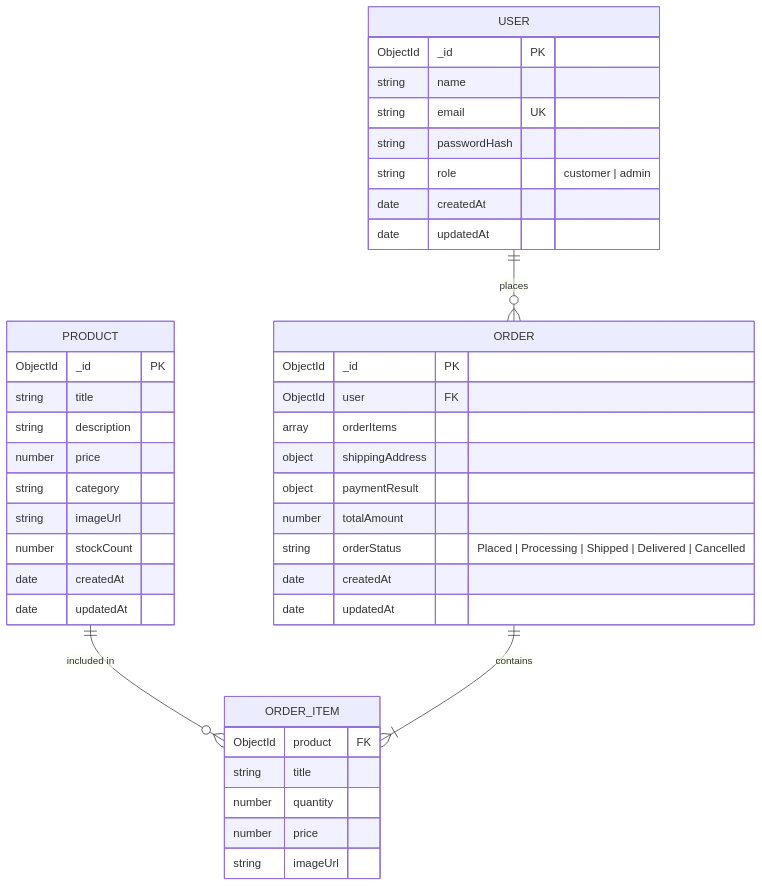
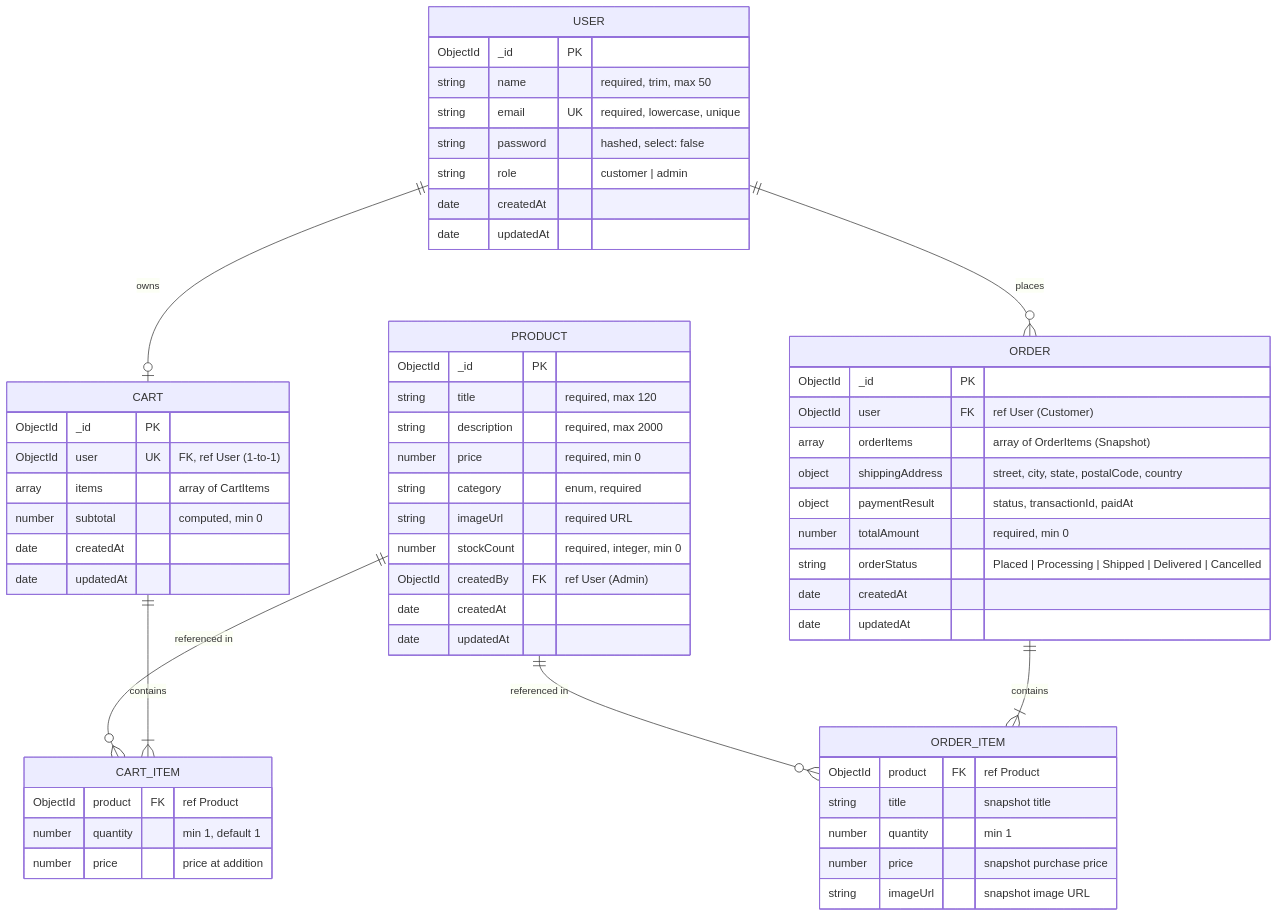
The diagram in SCHEMA.md (shresthajain512-cmd/cartiva-ecommerce), drawn with Mermaid before and after one commit. The commit also changed other lines of this file and 2 other files, not shown here.

Commit message:
docs: Day 2 database schema design and UI wireframes

````diff
--- a/SCHEMA.md
+++ b/SCHEMA.md
@@ -19,48 +23,67 @@
 ```mermaid
 erDiagram
+    USER ||--o| CART : "owns"
     USER ||--o{ ORDER : "places"
-    PRODUCT ||--o{ ORDER_ITEM : "included in"
+    PRODUCT ||--o{ CART_ITEM : "referenced in"
+    CART ||--|{ CART_ITEM : "contains"
+    PRODUCT ||--o{ ORDER_ITEM : "referenced in"
     ORDER ||--|{ ORDER_ITEM : "contains"
 
     USER {
         ObjectId _id PK
-        string name
-        string email UK
-        string passwordHash
+        string name "required, trim, max 50"
+        string email UK "required, lowercase, unique"
+        string password "hashed, select: false"
         string role "customer | admin"
         date createdAt
         date updatedAt
     }
 
     PRODUCT {
         ObjectId _id PK
-        string title
-        string description
-        number price
-        string category
-        string imageUrl
-        number stockCount
+        string title "required, max 120"
+        string description "required, max 2000"
+        number price "required, min 0"
+        string category "enum, required"
+        string imageUrl "required URL"
+        number stockCount "required, integer, min 0"
+        ObjectId createdBy FK "ref User (Admin)"
         date createdAt
         date updatedAt
     }
 
+    CART {
+        ObjectId _id PK
+        ObjectId user UK "FK, ref User (1-to-1)"
+        array items "array of CartItems"
+        number subtotal "computed, min 0"
+        date createdAt
+        date updatedAt
+    }
+
+    CART_ITEM {
+        ObjectId product FK "ref Product"
+        number quantity "min 1, default 1"
+        number price "price at addition"
+    }
+
     ORDER {
         ObjectId _id PK
-        ObjectId user FK
-        array orderItems
-        object shippingAddress
-        object paymentResult
-        number totalAmount
+        ObjectId user FK "ref User (Customer)"
+        array orderItems "array of OrderItems (Snapshot)"
+        object shippingAddress "street, city, state, postalCode, country"
+        object paymentResult "status, transactionId, paidAt"
+        number totalAmount "required, min 0"
         string orderStatus "Placed | Processing | Shipped | Delivered | Cancelled"
         date createdAt
         date updatedAt
     }
 
     ORDER_ITEM {
-        ObjectId product FK
-        string title
-        number quantity
-        number price
-        string imageUrl
+        ObjectId product FK "ref Product"
+        string title "snapshot title"
+        number quantity "min 1"
+        number price "snapshot purchase price"
+        string imageUrl "snapshot image URL"
     }
 ```
````
